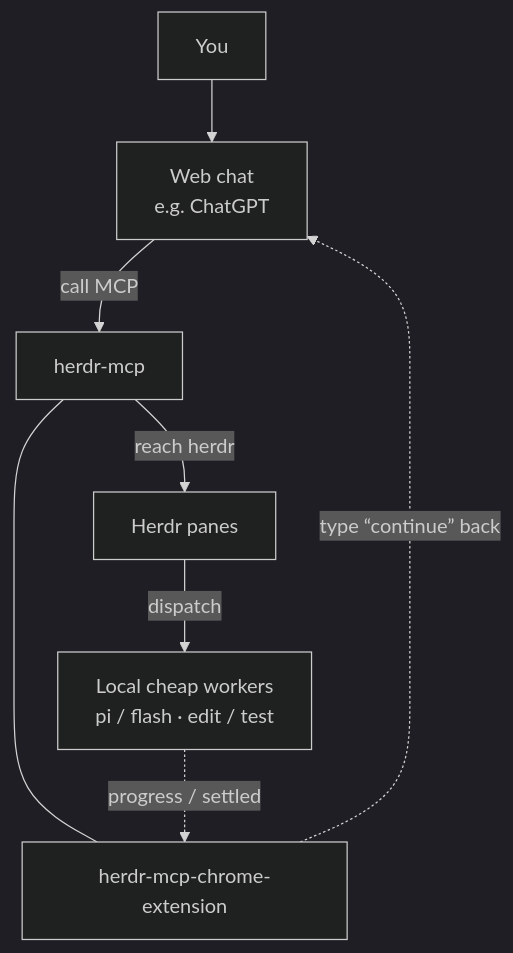
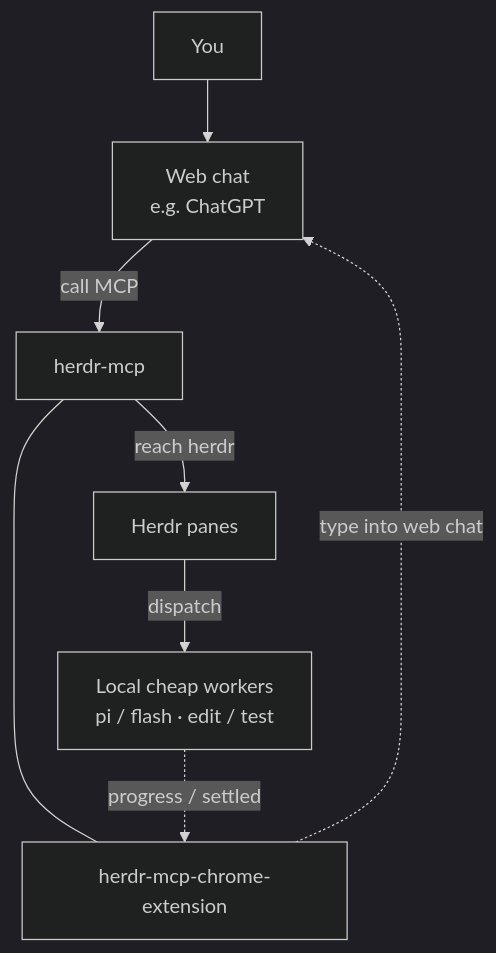
One commit to whshang/herdr-mcp changed the diagram in README.ja.md. Above: the diagram before and after it, drawn with Mermaid (dark theme). The commit also changed other lines of this file and 19 other files, not shown here.

````diff
--- a/README.ja.md
+++ b/README.ja.md
@@ -15,17 +24,17 @@
 ```mermaid
 flowchart TB
   You[You]
   Web[Web chat<br/>e.g. ChatGPT]
   MCP[herdr-mcp]
   Ext[herdr-mcp-chrome-extension]
   Herdr[Herdr panes]
   Agents[Local cheap workers<br/>pi / flash · edit / test]
 
   You --> Web
   Web -->|call MCP| MCP
   MCP --- Ext
   MCP -->|reach herdr| Herdr
   Herdr -->|dispatch| Agents
   Agents -.->|progress / settled| Ext
-  Ext -.->|type “continue” back| Web
+  Ext -.->|type into web chat| Web
 ```
````
